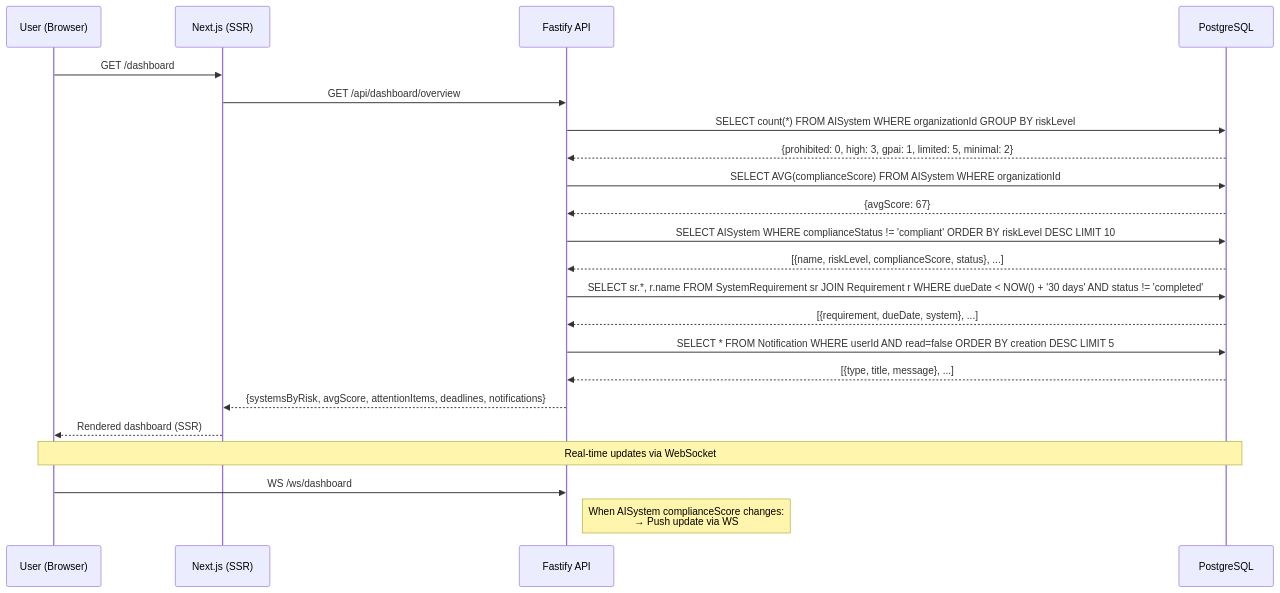
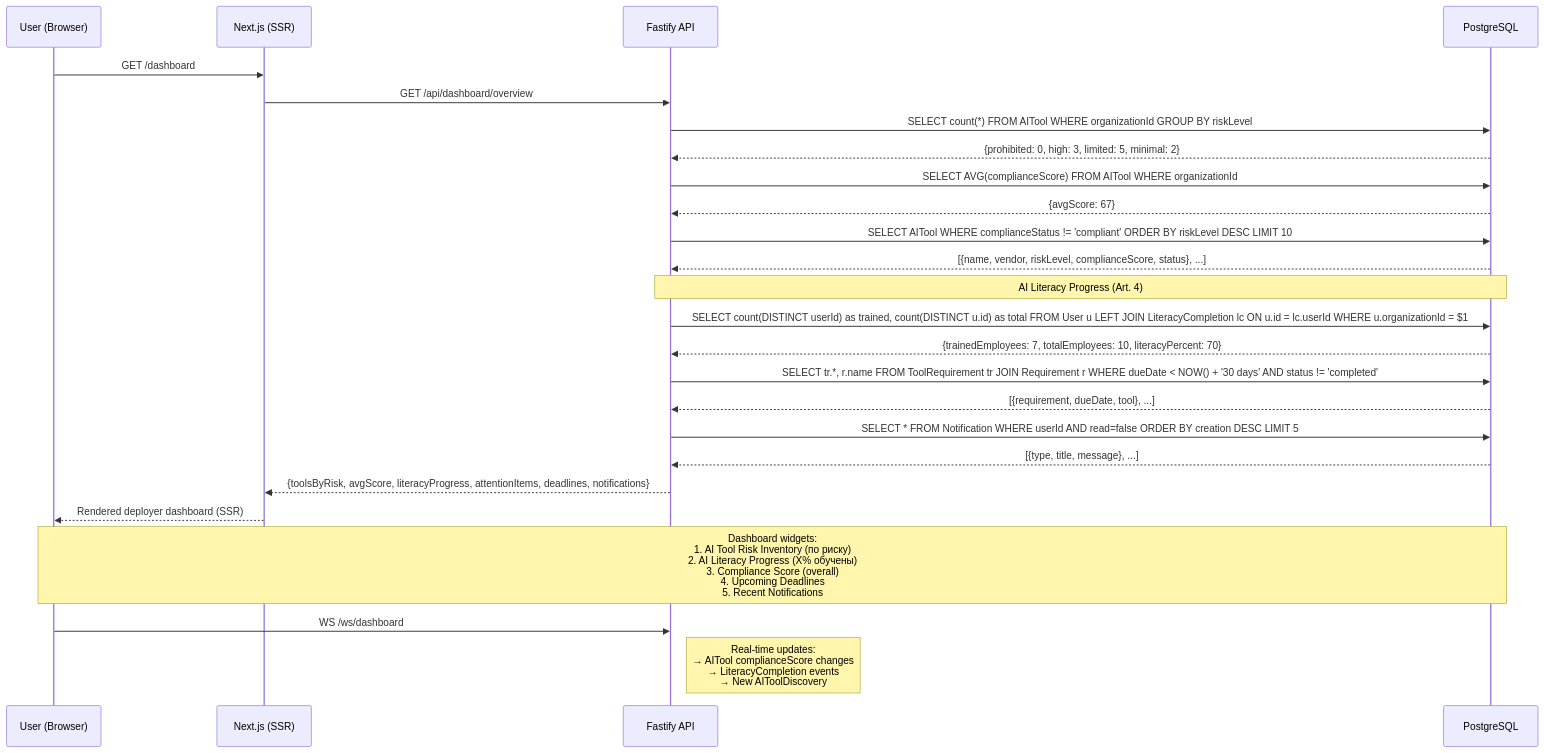
One commit to complior/complior changed the sixth of 14 diagrams in docs/DATA-FLOWS.md. Above: the diagram before and after it, drawn with Mermaid. The commit also changed other lines of this file and 7 other files, not shown here.

````diff
--- a/docs/DATA-FLOWS.md
+++ b/docs/DATA-FLOWS.md
@@ -304,32 +318,37 @@
 ```mermaid
 sequenceDiagram
     participant User as User (Browser)
     participant Next as Next.js (SSR)
     participant API as Fastify API
     participant DB as PostgreSQL
 
     User->>Next: GET /dashboard
     Next->>API: GET /api/dashboard/overview
 
-    API->>DB: SELECT count(*) FROM AISystem WHERE organizationId GROUP BY riskLevel
-    DB-->>API: {prohibited: 0, high: 3, gpai: 1, limited: 5, minimal: 2}
+    API->>DB: SELECT count(*) FROM AITool WHERE organizationId GROUP BY riskLevel
+    DB-->>API: {prohibited: 0, high: 3, limited: 5, minimal: 2}
 
-    API->>DB: SELECT AVG(complianceScore) FROM AISystem WHERE organizationId
+    API->>DB: SELECT AVG(complianceScore) FROM AITool WHERE organizationId
     DB-->>API: {avgScore: 67}
 
-    API->>DB: SELECT AISystem WHERE complianceStatus != 'compliant' ORDER BY riskLevel DESC LIMIT 10
-    DB-->>API: [{name, riskLevel, complianceScore, status}, ...]
+    API->>DB: SELECT AITool WHERE complianceStatus != 'compliant' ORDER BY riskLevel DESC LIMIT 10
+    DB-->>API: [{name, vendor, riskLevel, complianceScore, status}, ...]
 
-    API->>DB: SELECT sr.*, r.name FROM SystemRequirement sr JOIN Requirement r WHERE dueDate < NOW() + '30 days' AND status != 'completed'
-    DB-->>API: [{requirement, dueDate, system}, ...]
+    Note over API,DB: AI Literacy Progress (Art. 4)
+    API->>DB: SELECT count(DISTINCT userId) as trained, count(DISTINCT u.id) as total FROM User u LEFT JOIN LiteracyCompletion lc ON u.id = lc.userId WHERE u.organizationId = $1
+    DB-->>API: {trainedEmployees: 7, totalEmployees: 10, literacyPercent: 70}
+
+    API->>DB: SELECT tr.*, r.name FROM ToolRequirement tr JOIN Requirement r WHERE dueDate < NOW() + '30 days' AND status != 'completed'
+    DB-->>API: [{requirement, dueDate, tool}, ...]
 
     API->>DB: SELECT * FROM Notification WHERE userId AND read=false ORDER BY creation DESC LIMIT 5
     DB-->>API: [{type, title, message}, ...]
 
-    API-->>Next: {systemsByRisk, avgScore, attentionItems, deadlines, notifications}
-    Next-->>User: Rendered dashboard (SSR)
+    API-->>Next: {toolsByRisk, avgScore, literacyProgress, attentionItems, deadlines, notifications}
+    Next-->>User: Rendered deployer dashboard (SSR)
 
-    Note over User,DB: Real-time updates via WebSocket
+    Note over User,DB: Dashboard widgets:<br/>1. AI Tool Risk Inventory (по риску)<br/>2. AI Literacy Progress (X% обучены)<br/>3. Compliance Score (overall)<br/>4. Upcoming Deadlines<br/>5. Recent Notifications
+
     User->>API: WS /ws/dashboard
-    Note right of API: When AISystem complianceScore changes:<br/>→ Push update via WS
+    Note right of API: Real-time updates:<br/>→ AITool complianceScore changes<br/>→ LiteracyCompletion events<br/>→ New AIToolDiscovery
 ```
````
